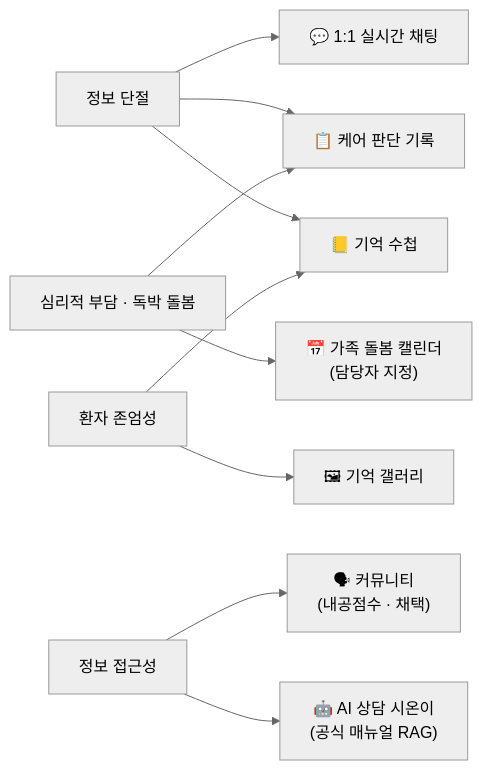
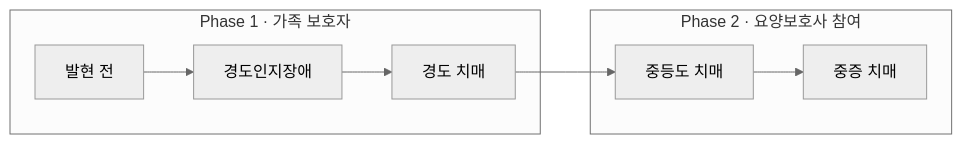
Before and after one commit to kiddo-dong/Sil-On-BackEnd: the second of 10 diagrams in README.md, drawn with Mermaid. The commit also changed other lines of this file and 13 other files, not shown here.

````diff
--- a/README.md
+++ b/README.md
@@ -147,13 +165,11 @@
 ```mermaid
 %%{init: {'theme':'neutral'}}%%
 flowchart LR
-    P1["정보 단절"] --> F1["📋 케어 판단 기록"]
-    P1 --> F2["📒 기억 수첩"]
-    P1 --> F6["💬 1:1 실시간 채팅"]
-    P2["심리적 부담 · 독박 돌봄"] --> F3["📅 가족 돌봄 캘린더<br/>(담당자 지정)"]
-    P2 --> F1
-    P3["정보 접근성"] --> F4["🤖 AI 상담 시온이<br/>(공식 매뉴얼 RAG)"]
-    P3 --> F5["🗣 커뮤니티<br/>(내공점수 · 채택)"]
-    P4["환자 존엄성"] --> F2
-    P4 --> F7["🖼 기억 갤러리"]
+    subgraph P1["Phase 1 · 가족 보호자"]
+        A["발현 전"] --> B["경도인지장애"] --> C["경도 치매"]
+    end
+    subgraph P2["Phase 2 · 요양보호사 참여"]
+        D["중등도 치매"] --> E["중증 치매"]
+    end
+    C --> D
 ```
````
